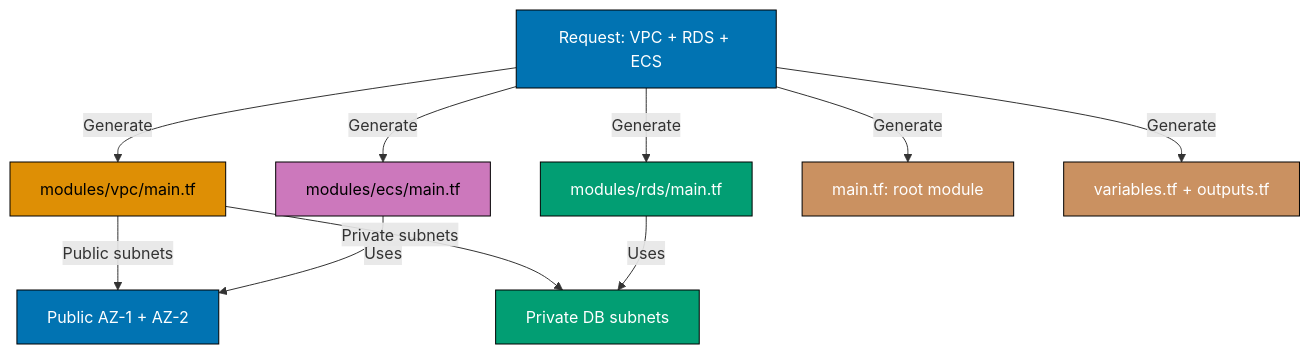
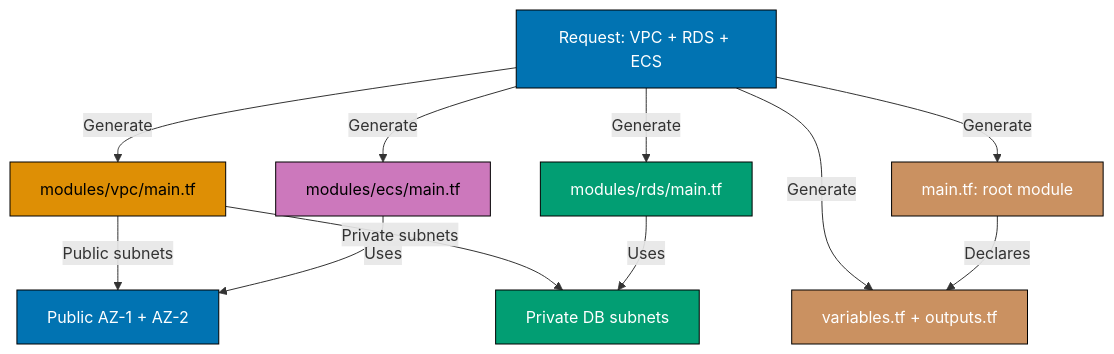
One commit to wahidyankf/baseerah changed the eighth of 14 diagrams in apps/ayokoding-www/content/en/learn/artificial-intelligence/tools/claude-code/by-example/advanced.md. Above: the diagram before and after it, drawn with Mermaid. The commit also changed other lines of this file and 88 other files, not shown here.

First line of the commit message:
fix(ayokoding-www): resolve pre-existing Mermaid violations, exclude fixtures/plans-done

````diff
--- a/apps/ayokoding-www/content/en/learn/artificial-intelligence/tools/claude-code/by-example/advanced.md
+++ b/apps/ayokoding-www/content/en/learn/artificial-intelligence/tools/claude-code/by-example/advanced.md
@@ -788,21 +788,22 @@
 ```mermaid
 graph TD
     A[Request: VPC + RDS + ECS] -->|Generate| B[modules/vpc/main.tf]
     A -->|Generate| C[modules/rds/main.tf]
     A -->|Generate| D[modules/ecs/main.tf]
     A -->|Generate| E[main.tf: root module]
     A -->|Generate| F[variables.tf + outputs.tf]
+    E -->|Declares| F
     B -->|Public subnets| G[Public AZ-1 + AZ-2]
     B -->|Private subnets| H[Private DB subnets]
     C -->|Uses| H
     D -->|Uses| G
 
     style A fill:#0173B2,stroke:#000,color:#fff
     style B fill:#DE8F05,stroke:#000,color:#000
     style C fill:#029E73,stroke:#000,color:#fff
     style D fill:#CC78BC,stroke:#000,color:#000
     style E fill:#CA9161,stroke:#000,color:#fff
     style F fill:#CA9161,stroke:#000,color:#fff
     style G fill:#0173B2,stroke:#000,color:#fff
     style H fill:#029E73,stroke:#000,color:#fff
 ```
````
